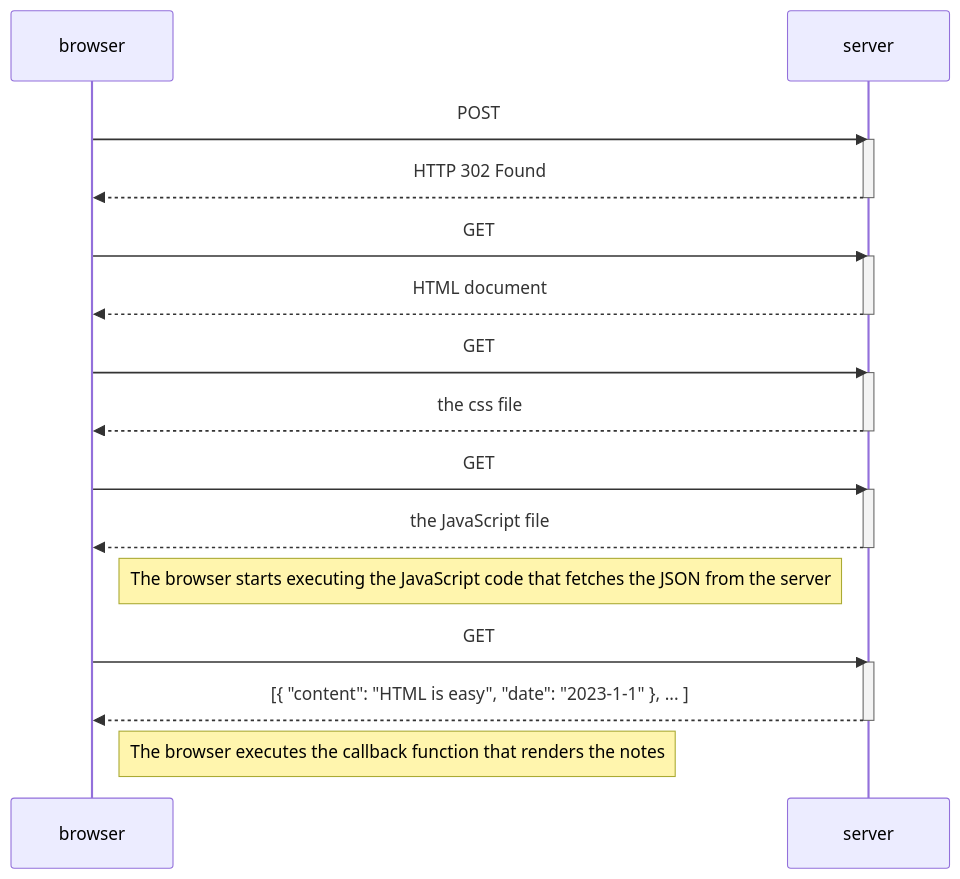
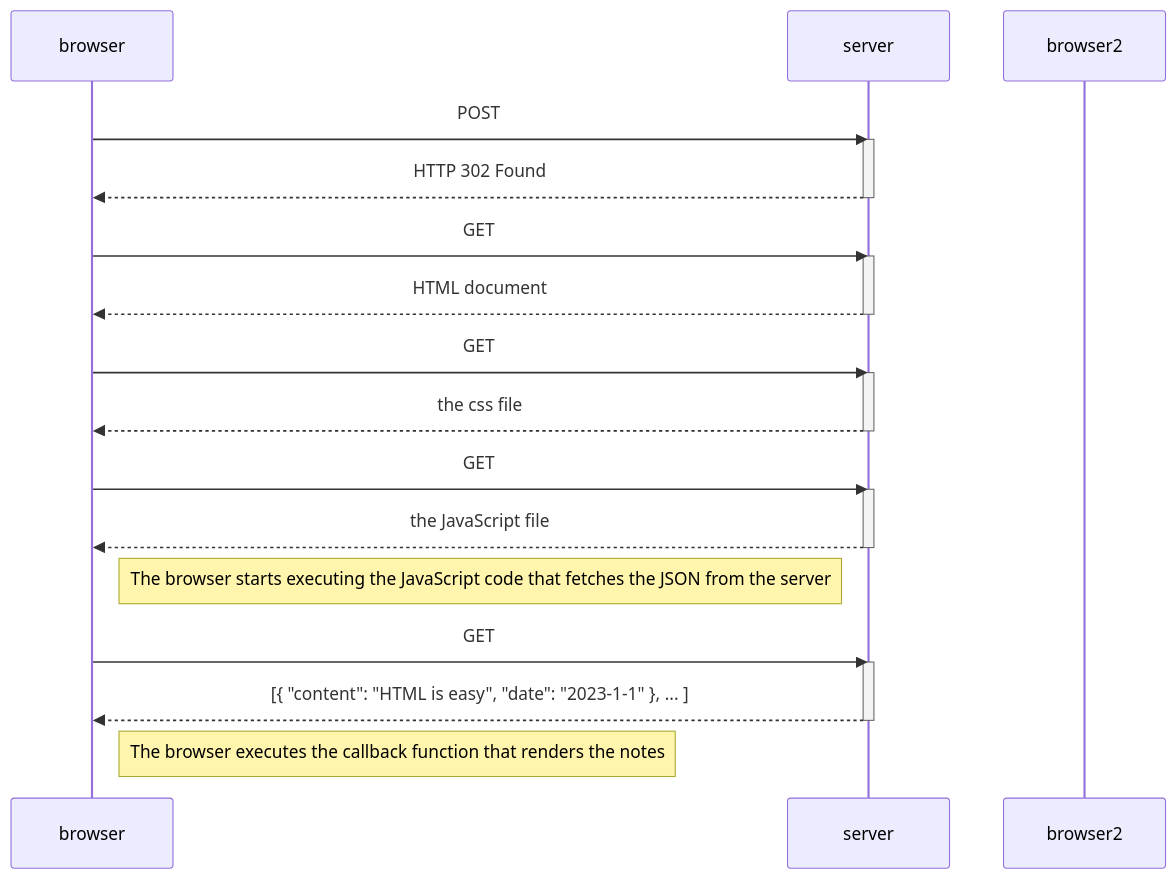
One commit to KRISH-76/Fullstackopen changed the diagram in part 0/0.4.md. Above: the diagram before and after it, drawn with Mermaid.

````diff
--- a/part 0/0.4.md
+++ b/part 0/0.4.md
@@ -1,34 +1,36 @@
 ```mermaid
 sequenceDiagram
     participant browser
     participant server
+    participant browser2
+
 
     browser->>server: POST 
     activate server
     server-->>browser: HTTP 302 Found
     deactivate server
 
     browser->>server: GET 
     activate server
     server-->>browser: HTML document
     deactivate server
 
     browser->>server: GET 
     activate server
     server-->>browser: the css file
     deactivate server
 
     browser->>server: GET 
     activate server
     server-->>browser: the JavaScript file
     deactivate server
 
     Note right of browser: The browser starts executing the JavaScript code that fetches the JSON from the server
 
     browser->>server: GET 
     activate server
     server-->>browser: [{ "content": "HTML is easy", "date": "2023-1-1" }, ... ]
     deactivate server
 
     Note right of browser: The browser executes the callback function that renders the notes
 ```
````
